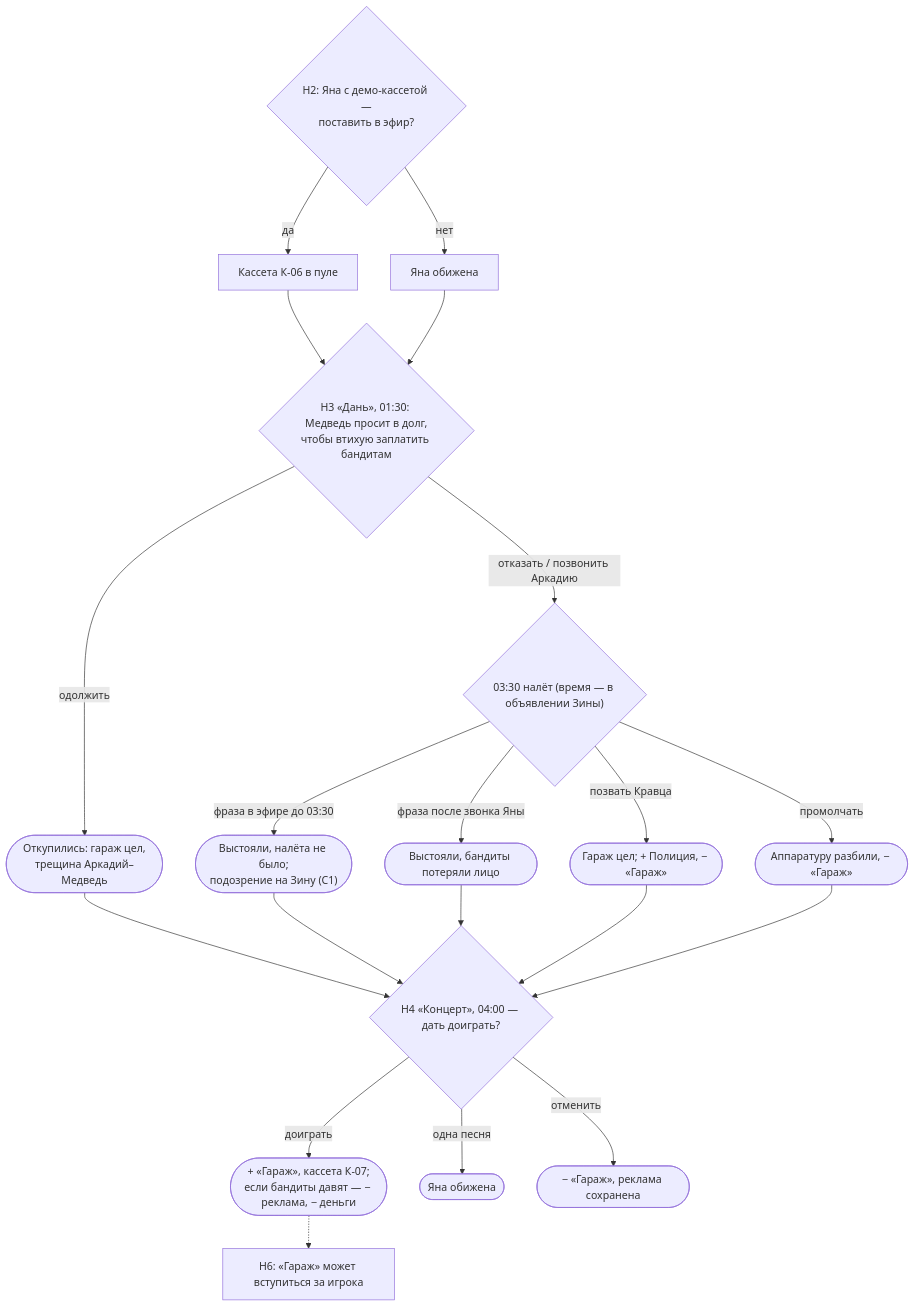
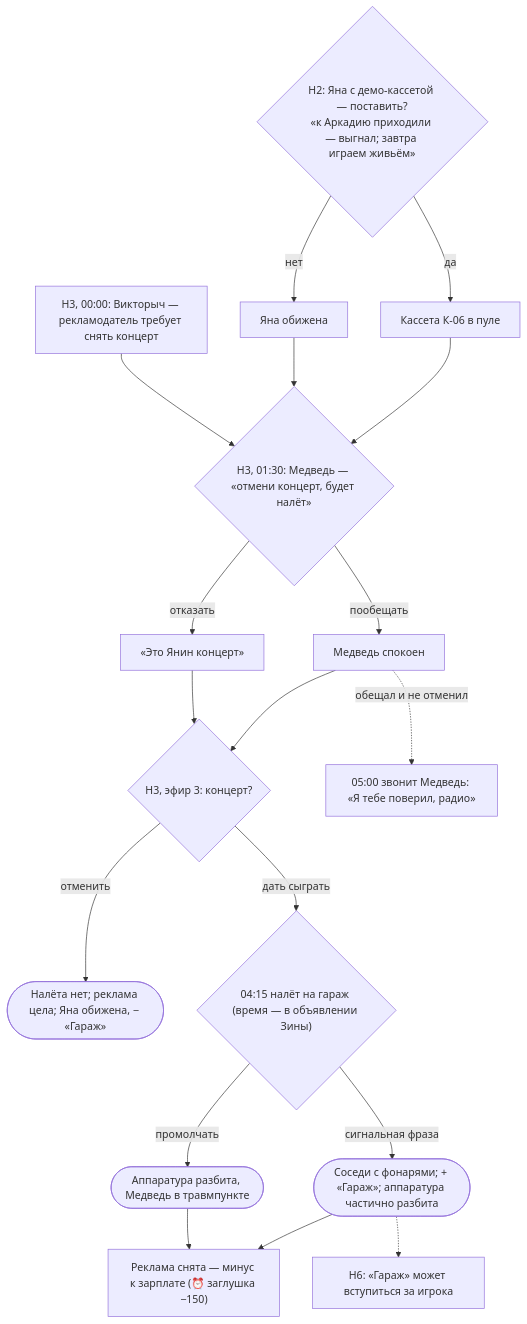
One commit to nil-games/Radio changed the fifth of 10 diagrams in Docs/Скелет_ночей.md. Above: the diagram before and after it, drawn with Mermaid. The commit also changed other lines of this file and 98 other files, not shown here.

````diff
--- a/Docs/Скелет_ночей.md
+++ b/Docs/Скелет_ночей.md
@@ -168,22 +168,20 @@
 ```mermaid
 flowchart TD
-  G2{"Н2: Яна с демо-кассетой —<br/>поставить в эфир?"} -->|да| G2A["Кассета К-06 в пуле"]
+  G2{"Н2: Яна с демо-кассетой — поставить?<br/>«к Аркадию приходили — выгнал; завтра играем живьём»"} -->|да| G2A["Кассета К-06 в пуле"]
   G2 -->|нет| G2B["Яна обижена"]
-  G2A --> D3
-  G2B --> D3
-  D3{"Н3 «Дань», 01:30: Медведь просит в долг,<br/>чтобы втихую заплатить бандитам"} -->|одолжить| D3P(["Откупились: гараж цел,<br/>трещина Аркадий–Медведь"])
-  D3 -->|отказать / позвонить Аркадию| D33{"03:30 налёт (время — в объявлении Зины)"}
-  D33 -->|фраза в эфире до 03:30| D3E(["Выстояли, налёта не было;<br/>подозрение на Зину (C1)"])
-  D33 -->|фраза после звонка Яны| D3S(["Выстояли, бандиты потеряли лицо"])
-  D33 -->|позвать Кравца| D3K(["Гараж цел; + Полиция, − «Гараж»"])
-  D33 -->|промолчать| D3B(["Аппаратуру разбили, − «Гараж»"])
-  D3E --> C4N{"Н4 «Концерт», 04:00 — дать доиграть?"}
-  D3S --> C4N
-  D3K --> C4N
-  D3P --> C4N
-  D3B --> C4N
-  C4N -->|доиграть| C4A(["+ «Гараж», кассета К-07;<br/>если бандиты давят — − реклама, − деньги"])
-  C4N -->|одна песня| C4B(["Яна обижена"])
-  C4N -->|отменить| C4C(["− «Гараж», реклама сохранена"])
-  C4A -.-> GN6["Н6: «Гараж» может вступиться за игрока"]
+  G2A --> M3
+  G2B --> M3
+  P3["Н3, 00:00: Викторыч — рекламодатель требует снять концерт"] --> M3
+  M3{"Н3, 01:30: Медведь — «отмени концерт, будет налёт»"} -->|пообещать| M3A["Медведь спокоен"]
+  M3 -->|отказать| M3B["«Это Янин концерт»"]
+  M3A --> C3
+  M3B --> C3
+  C3{"Н3, эфир 3: концерт?"} -->|отменить| CX(["Налёта нет; реклама цела; Яна обижена, − «Гараж»"])
+  C3 -->|дать сыграть| RAID{"04:15 налёт на гараж (время — в объявлении Зины)"}
+  RAID -->|сигнальная фраза| RS(["Соседи с фонарями; + «Гараж»; аппаратура частично разбита"])
+  RAID -->|промолчать| RN(["Аппаратура разбита, Медведь в травмпункте"])
+  RS --> AD["Реклама снята — минус к зарплате (⏰ заглушка −150)"]
+  RN --> AD
+  M3A -.->|обещал и не отменил| BETRAY["05:00 звонит Медведь: «Я тебе поверил, радио»"]
+  RS -.-> GN6["Н6: «Гараж» может вступиться за игрока"]
 ```
````
